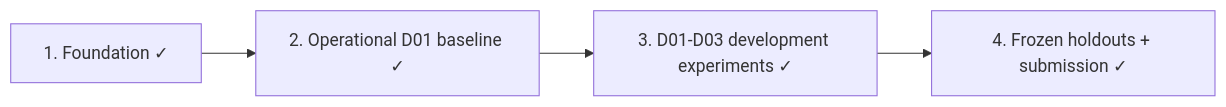
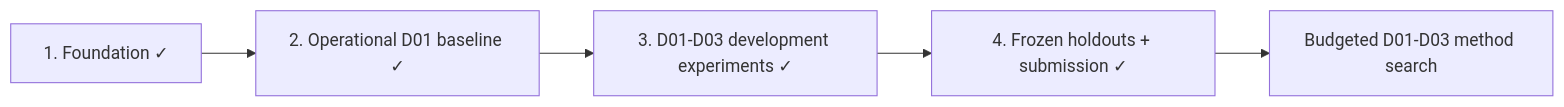
Before and after one commit to komaksym/weon-assignment: the diagram in PLANS.md, drawn with Mermaid. The commit also changed other lines of this file and 4 other files, not shown here.

````diff
--- a/PLANS.md
+++ b/PLANS.md
@@ -5,6 +5,7 @@
 ```mermaid
 flowchart LR
     S1[1. Foundation ✓] --> S2[2. Operational D01 baseline ✓]
     S2 --> S3[3. D01-D03 development experiments ✓]
     S3 --> S4[4. Frozen holdouts + submission ✓]
+    S4 --> E[Budgeted D01-D03 method search]
 ```
````
